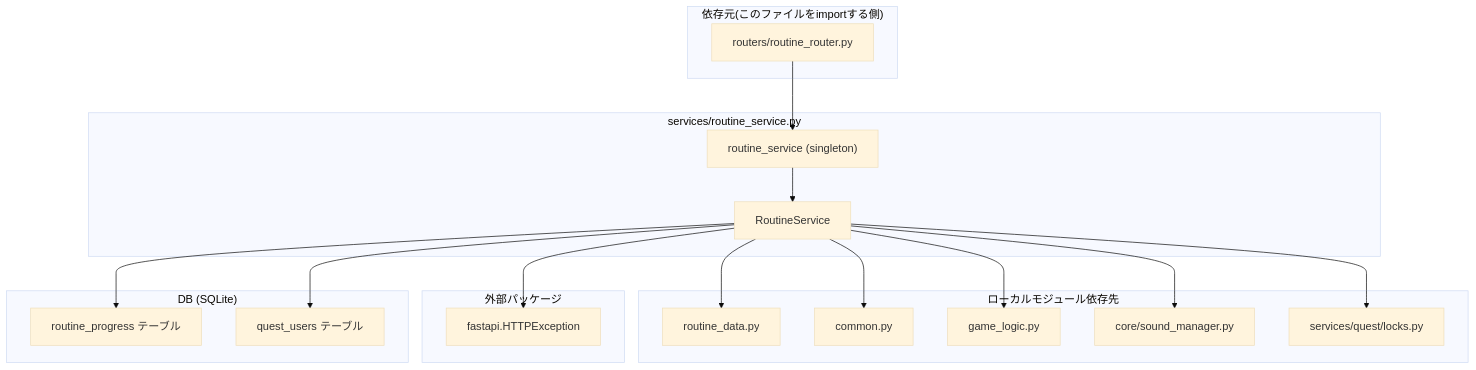
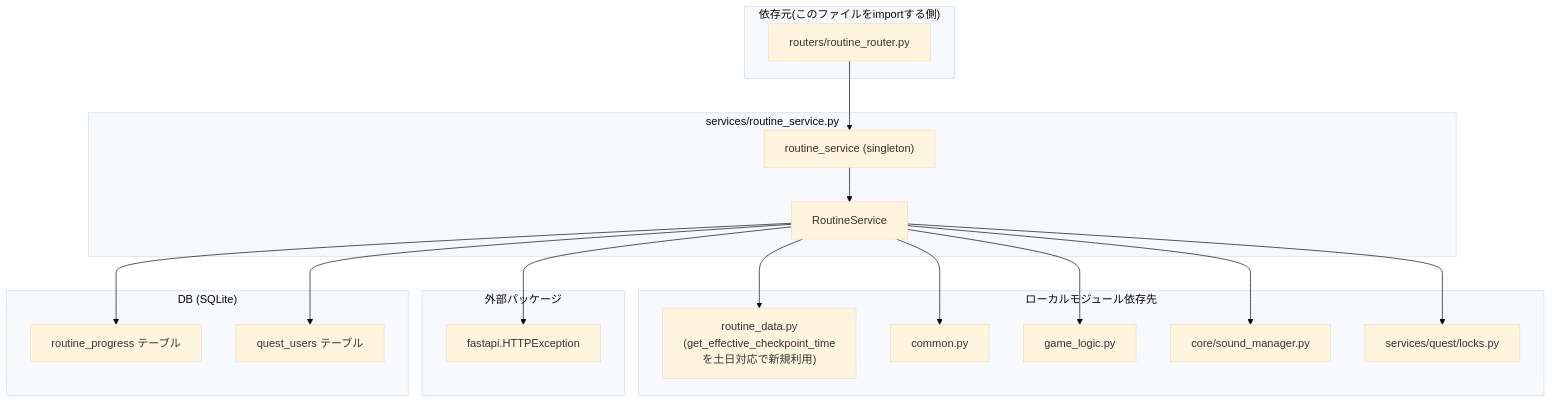
The second of 2 diagrams in docs/specifications/MY_HOME_SYSTEM/routine_service.md (mmtigers/my_python_project), drawn with Mermaid (base theme) before and after one commit. The commit also changed other lines of this file and 4 other files, not shown here.

````diff
--- a/docs/specifications/MY_HOME_SYSTEM/routine_service.md
+++ b/docs/specifications/MY_HOME_SYSTEM/routine_service.md
@@ -383,40 +385,41 @@
 ```mermaid
 graph TD
     subgraph "services/routine_service.py"
         RoutineService
         routine_service_singleton["routine_service (singleton)"]
     end
 
     subgraph "ローカルモジュール依存先"
-        routine_data["routine_data.py"]
+        routine_data["routine_data.py
+(get_effective_checkpoint_timeを土日対応で新規利用)"]
         common_mod["common.py"]
         game_logic_mod["game_logic.py"]
         sound_manager_mod["core/sound_manager.py"]
         quest_locks["services/quest/locks.py"]
     end
 
     subgraph "外部パッケージ"
         fastapi_exc["fastapi.HTTPException"]
     end
 
     subgraph "DB (SQLite)"
         routine_progress_table["routine_progress テーブル"]
         quest_users_table["quest_users テーブル"]
     end
 
     subgraph "依存元(このファイルをimportする側)"
         routine_router["routers/routine_router.py"]
     end
 
     RoutineService --> routine_data
     RoutineService --> common_mod
     RoutineService --> game_logic_mod
     RoutineService --> sound_manager_mod
     RoutineService --> quest_locks
     RoutineService --> fastapi_exc
     RoutineService --> routine_progress_table
     RoutineService --> quest_users_table
     routine_service_singleton --> RoutineService
 
     routine_router --> routine_service_singleton
 ```
````
